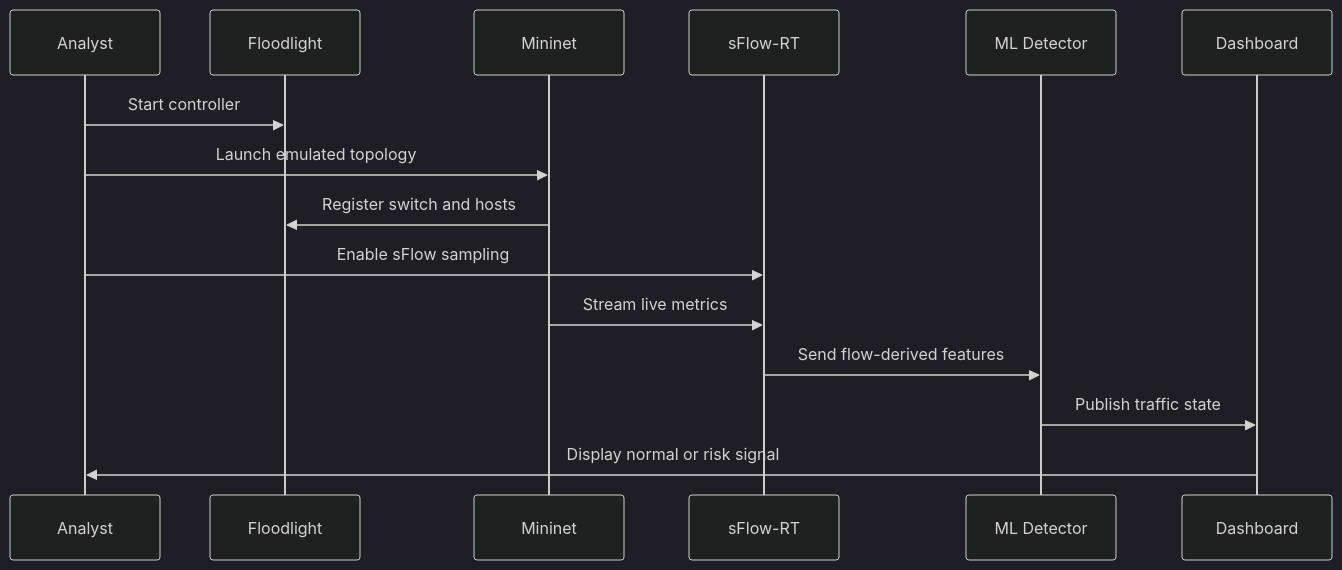
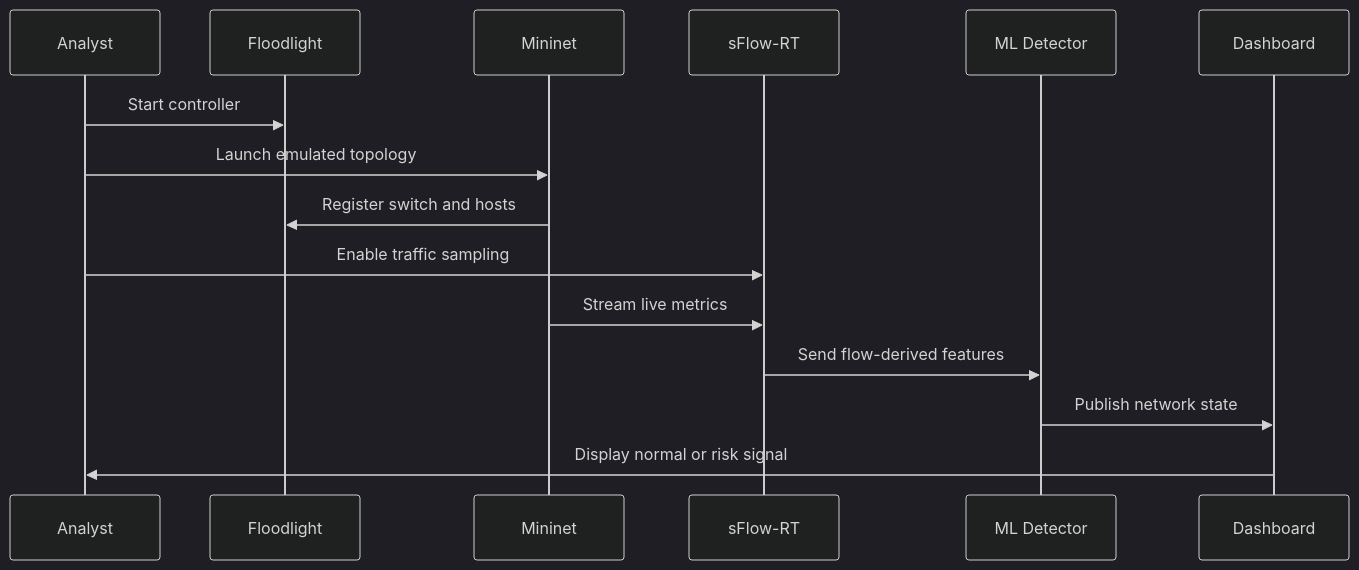
Before and after one commit to ns7523/DDoS-attack-in-IoT-Real-Time: the first of 3 diagrams in README.md, drawn with Mermaid (dark theme). The commit also changed other lines of this file, not shown here.

Commit message:
Use local Apple-style SVG graphics in README

````diff
--- a/README.md
+++ b/README.md
@@ -141,18 +112,18 @@
 ```mermaid
 sequenceDiagram
     participant Analyst
     participant SDN as Floodlight
     participant Lab as Mininet
     participant Telemetry as sFlow-RT
     participant Model as ML Detector
     participant UI as Dashboard
 
     Analyst->>SDN: Start controller
     Analyst->>Lab: Launch emulated topology
     Lab->>SDN: Register switch and hosts
-    Analyst->>Telemetry: Enable sFlow sampling
+    Analyst->>Telemetry: Enable traffic sampling
     Lab->>Telemetry: Stream live metrics
     Telemetry->>Model: Send flow-derived features
-    Model->>UI: Publish traffic state
+    Model->>UI: Publish network state
     UI->>Analyst: Display normal or risk signal
 ```
````
